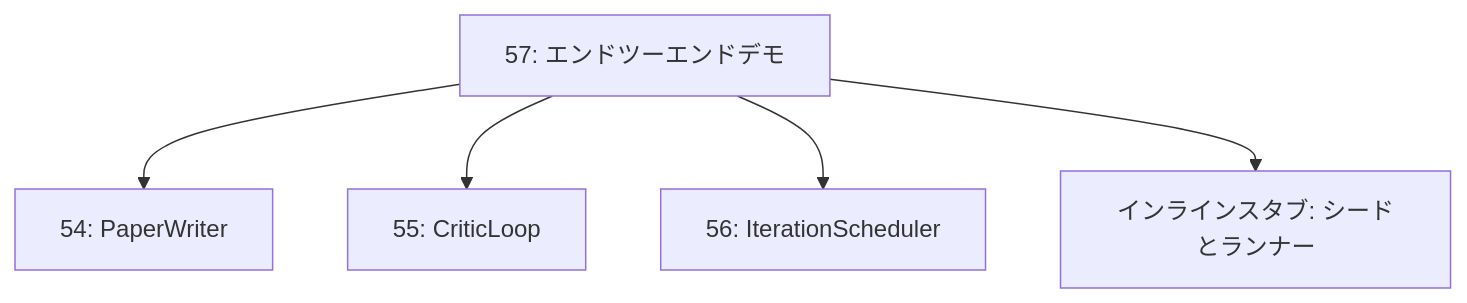
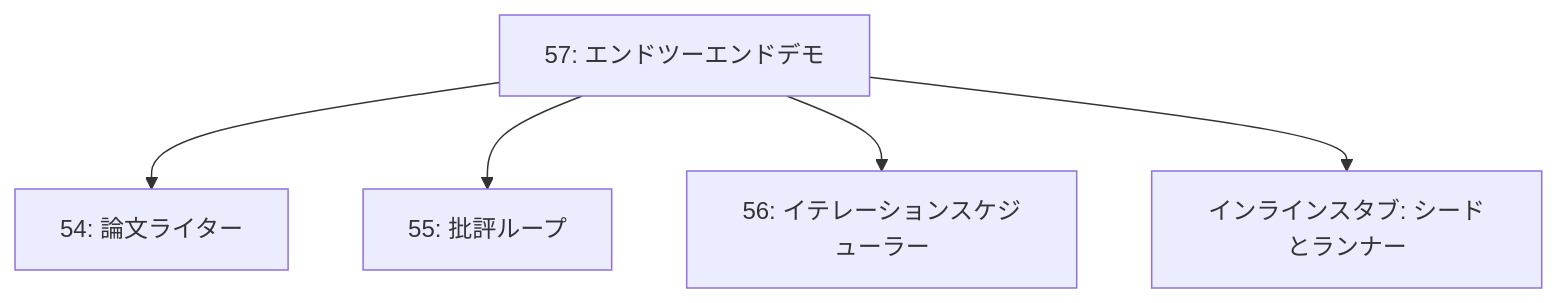
One commit to shoshoshomen/synapse-academy changed the second of 3 diagrams in content/phases/19-capstone-projects/57-end-to-end-research-demo/lesson.ja.md. Above: the diagram before and after it, drawn with Mermaid. The commit also changed other lines of this file and 124 other files, not shown here.

First line of the commit message:
feat(i18n): mermaid図のラベルを日本語化(194レッスン/374図)

````diff
--- a/content/phases/19-capstone-projects/57-end-to-end-research-demo/lesson.ja.md
+++ b/content/phases/19-capstone-projects/57-end-to-end-research-demo/lesson.ja.md
@@ -35,7 +35,7 @@
 ```mermaid
 flowchart TB
-    Demo[57: エンドツーエンドデモ] --> A[54: PaperWriter]
-    Demo --> B[55: CriticLoop]
-    Demo --> C[56: IterationScheduler]
-    Demo --> Inline[インラインスタブ: シードとランナー]
+    Demo["57: エンドツーエンドデモ"] --> A["54: 論文ライター"]
+    Demo --> B["55: 批評ループ"]
+    Demo --> C["56: イテレーションスケジューラー"]
+    Demo --> Inline["インラインスタブ: シードとランナー"]
 ```
````
